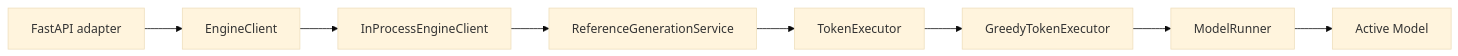
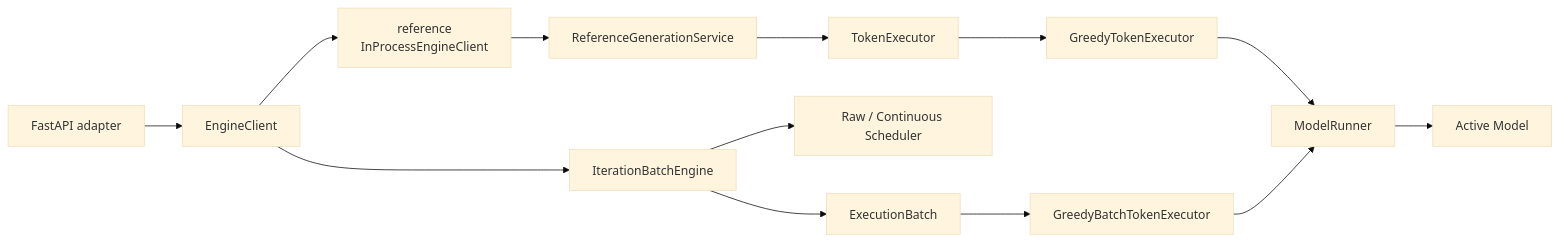
One commit to poorpaper/light-vllm changed the eighth of 11 diagrams in docs/design.md. Above: the diagram before and after it, drawn with Mermaid (base theme). The commit also changed other lines of this file and 19 other files, not shown here.

Commit message:
feat: add iteration-level continuous batching

````diff
--- a/docs/design.md
+++ b/docs/design.md
@@ -316,10 +327,15 @@
 ```mermaid
 flowchart LR
     HTTP["FastAPI adapter"] --> Client["EngineClient"]
-    Client --> Local["InProcessEngineClient"]
+    Client --> Local["reference<br/>InProcessEngineClient"]
     Local --> Reference["ReferenceGenerationService"]
     Reference --> Executor["TokenExecutor"]
     Executor --> LocalExecutor["GreedyTokenExecutor"]
     LocalExecutor --> Runner["ModelRunner"]
+    Client --> Batched["IterationBatchEngine"]
+    Batched --> Scheduler["Raw / Continuous Scheduler"]
+    Batched --> ExecutionBatch["ExecutionBatch"]
+    ExecutionBatch --> BatchExecutor["GreedyBatchTokenExecutor"]
+    BatchExecutor --> Runner
     Runner --> Model["Active Model"]
 ```
````
